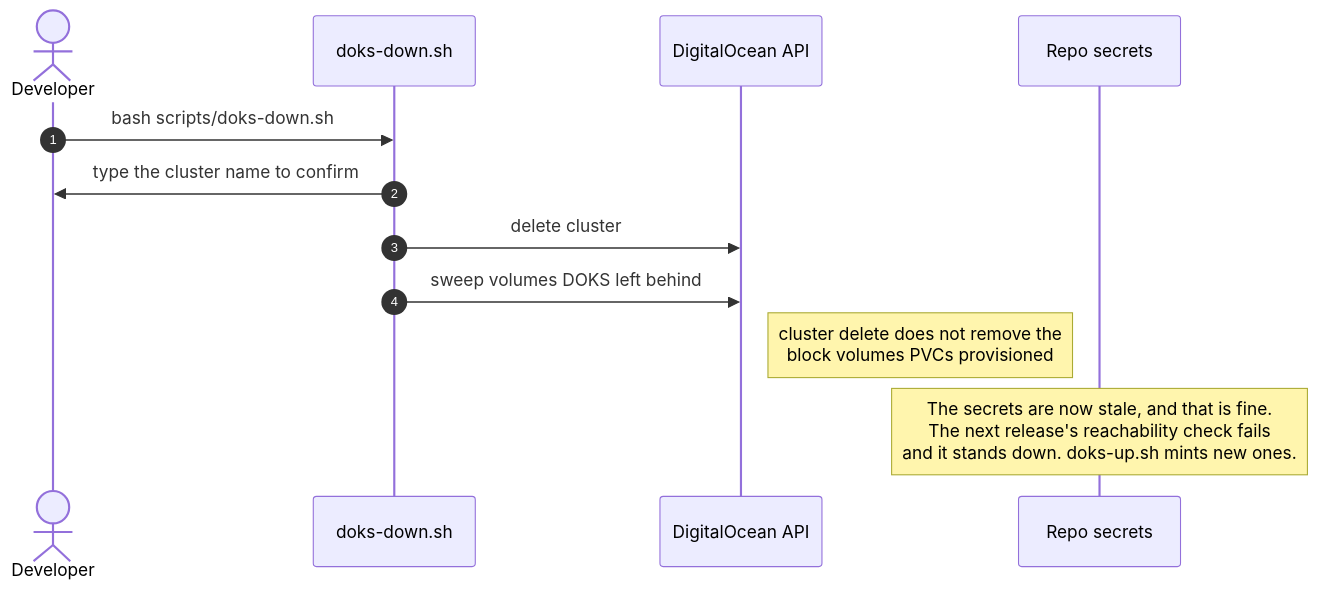
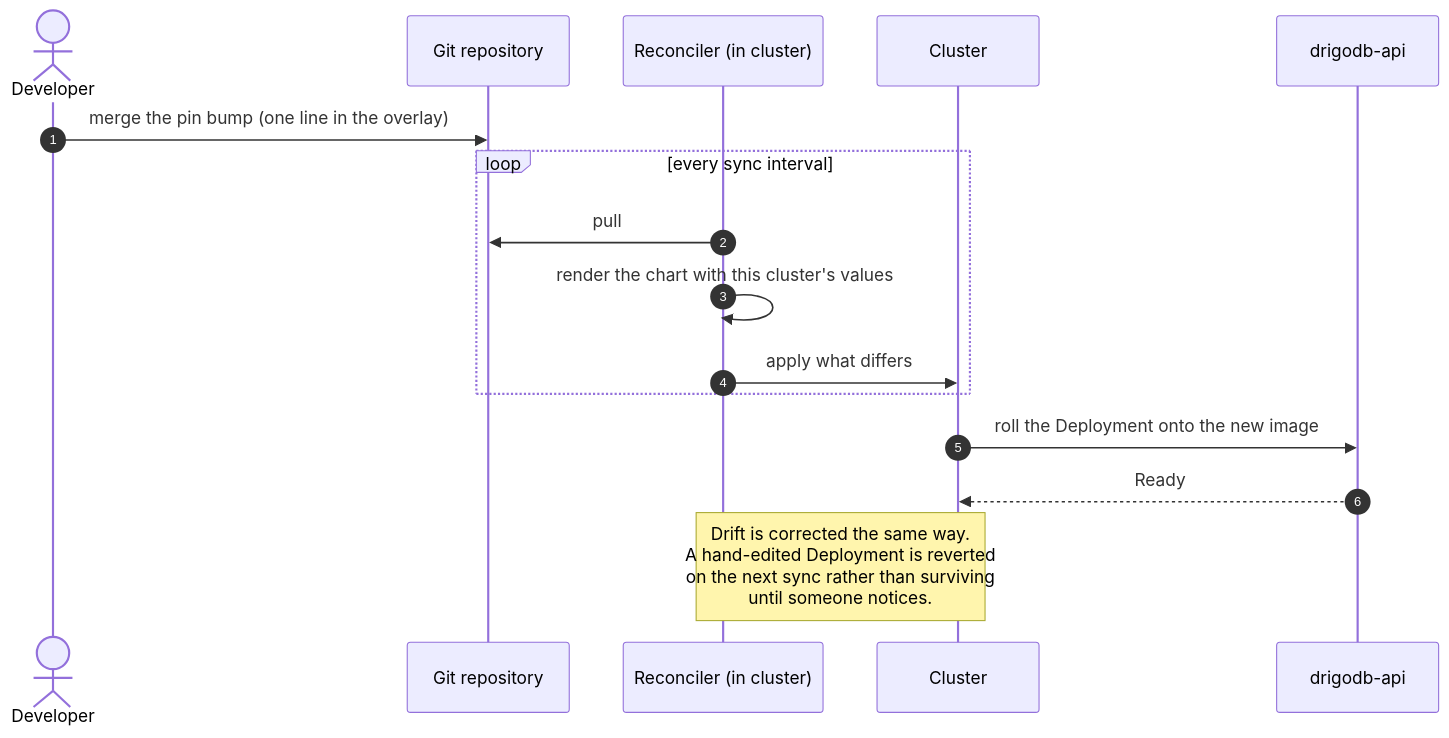
Before and after one commit to drigolabs/drigodb: the third of 4 diagrams in docs/diagrams/deploy-flow.md, drawn with Mermaid. The commit also changed other lines of this file and 3 other files, not shown here.

Commit message:
docs: draw the deploy flow decision 0002 leads to, not the one being left (#53)

````diff
--- a/docs/diagrams/deploy-flow.md
+++ b/docs/diagrams/deploy-flow.md
@@ -114,15 +87,20 @@
 ```mermaid
 sequenceDiagram
     autonumber
     actor Dev as Developer
-    participant Down as doks-down.sh
-    participant DO as DigitalOcean API
-    participant GH as Repo secrets
+    participant Repo as Git repository
+    participant Recon as Reconciler (in cluster)
+    participant K8s as Cluster
+    participant API as drigodb-api
 
-    Dev->>Down: bash scripts/doks-down.sh
-    Down->>Dev: type the cluster name to confirm
-    Down->>DO: delete cluster
-    Down->>DO: sweep volumes DOKS left behind
-    Note right of DO: cluster delete does not remove the<br/>block volumes PVCs provisioned
-    Note over GH: The secrets are now stale, and that is fine.<br/>The next release's reachability check fails<br/>and it stands down. doks-up.sh mints new ones.
+    Dev->>Repo: merge the pin bump (one line in the overlay)
+    loop every sync interval
+        Recon->>Repo: pull
+        Recon->>Recon: render the chart with this cluster's values
+        Recon->>K8s: apply what differs
+    end
+    K8s->>API: roll the Deployment onto the new image
+    API-->>K8s: Ready
+
+    Note over Recon,K8s: Drift is corrected the same way.<br/>A hand-edited Deployment is reverted<br/>on the next sync rather than surviving<br/>until someone notices.
 ```
````
